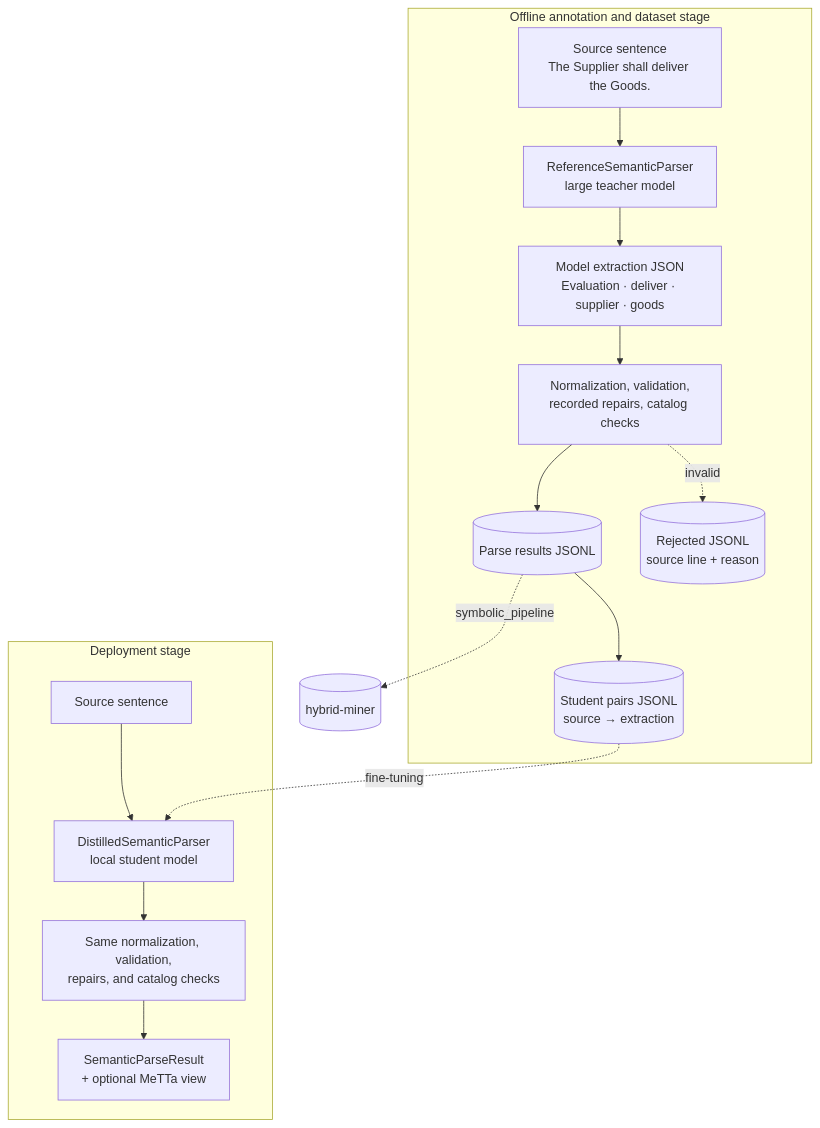
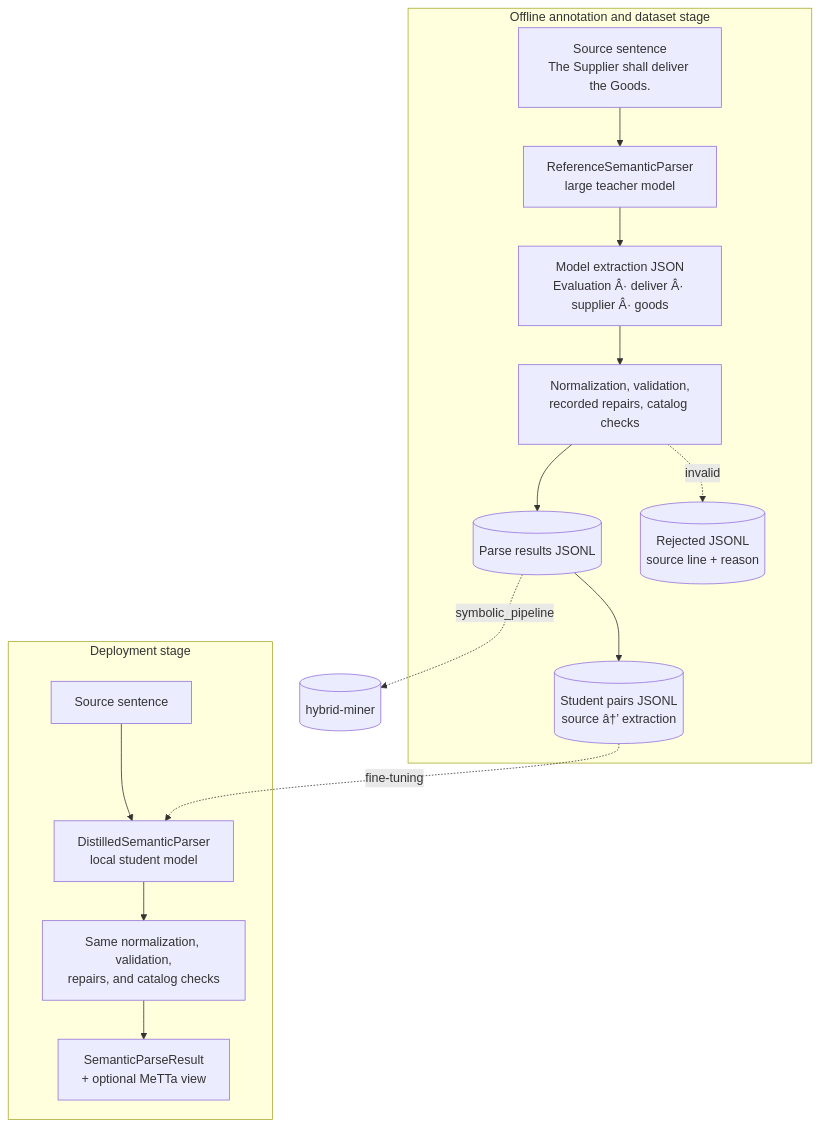
One commit to iCog-Labs-Dev/Neuro-Symbolic-LLM changed the first of 3 diagrams in parser/README.md. Above: the diagram before and after it, drawn with Mermaid. The commit also changed other lines of this file, not shown here.

````diff
--- a/parser/README.md
+++ b/parser/README.md
@@ -28,27 +28,27 @@
 ```mermaid
 flowchart TD
     subgraph offline["Offline annotation and dataset stage"]
         source["Source sentence<br/>The Supplier shall deliver the Goods."]
         teacher["ReferenceSemanticParser<br/>large teacher model"]
-        draft["Model extraction JSON<br/>Evaluation · deliver · supplier · goods"]
+        draft["Model extraction JSON<br/>Evaluation Â· deliver Â· supplier Â· goods"]
         checked["Normalization, validation,<br/>recorded repairs, catalog checks"]
         results[("Parse results JSONL")]
         rejected[("Rejected JSONL<br/>source line + reason")]
-        pairs[("Student pairs JSONL<br/>source → extraction")]
+        pairs[("Student pairs JSONL<br/>source â†’ extraction")]
 
         source --> teacher --> draft --> checked --> results --> pairs
         checked -. invalid .-> rejected
     end
 
     subgraph deployment["Deployment stage"]
         input["Source sentence"]
         student["DistilledSemanticParser<br/>local student model"]
         shared["Same normalization, validation,<br/>repairs, and catalog checks"]
         output["SemanticParseResult<br/>+ optional MeTTa view"]
 
         input --> student --> shared --> output
     end
 
     pairs -. "fine-tuning" .-> student
     results -. "symbolic_pipeline" .-> miner[("hybrid-miner")]
 ```
````
